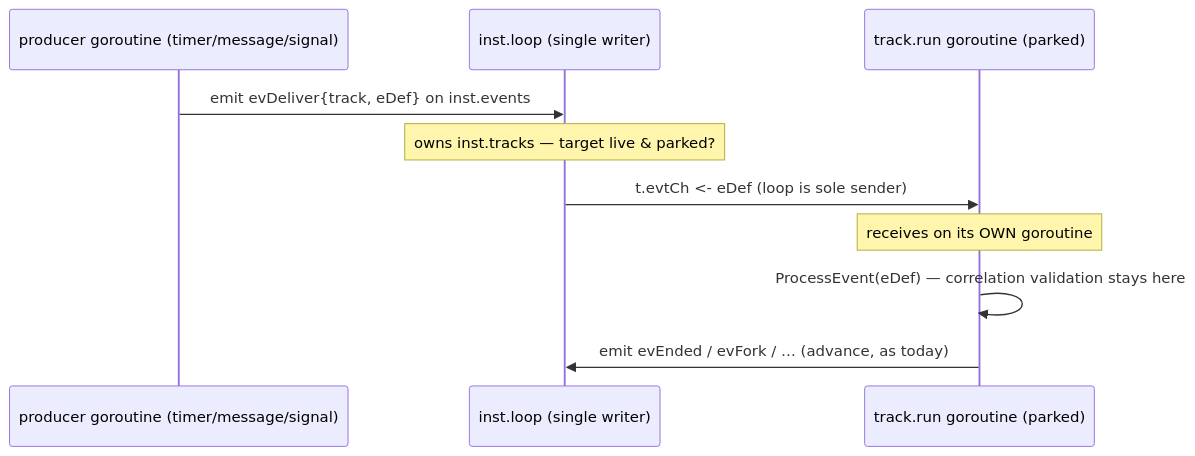
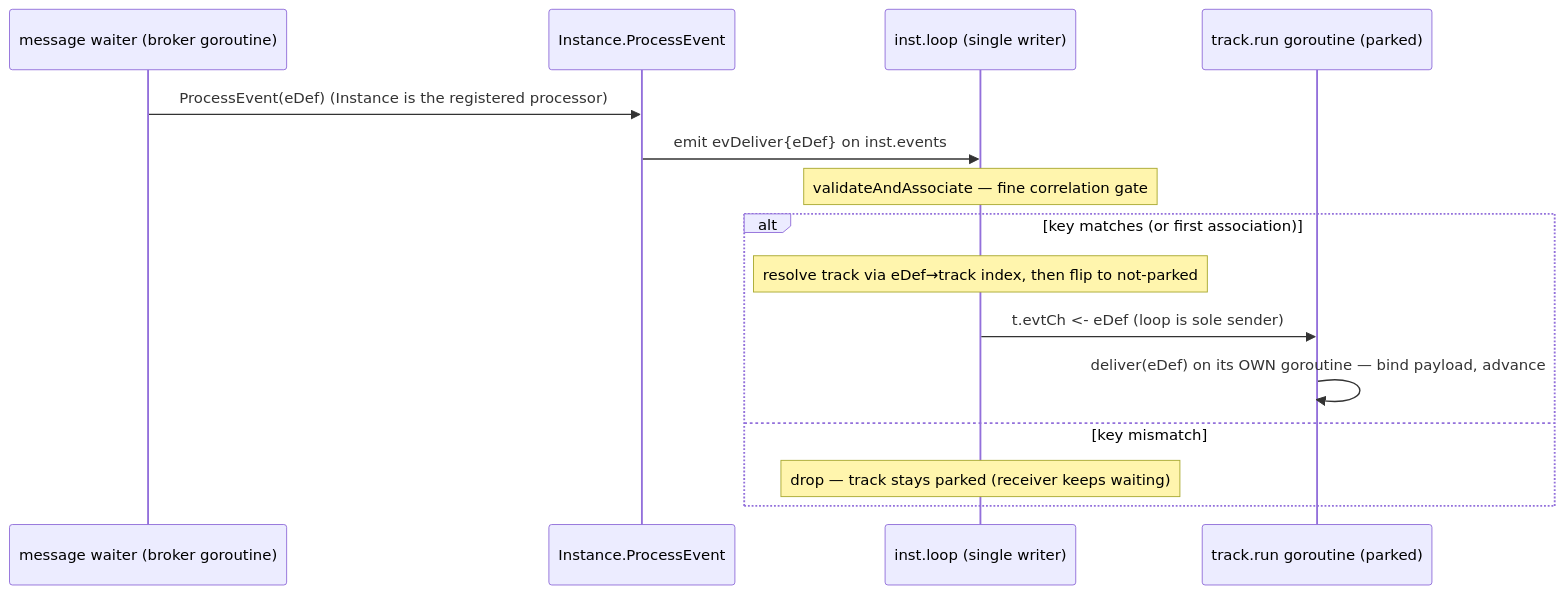
One commit to dr-dobermann/gobpm changed the first of 2 diagrams in docs/design/ADR-017-channel-based-event-processing.md. Above: the diagram before and after it, drawn with Mermaid. The commit also changed other lines of this file and 1 other file, not shown here.

````diff
--- a/docs/design/ADR-017-channel-based-event-processing.md
+++ b/docs/design/ADR-017-channel-based-event-processing.md
@@ -75,12 +107,17 @@
 ```mermaid
 sequenceDiagram
-    participant P as producer goroutine (timer/message/signal)
+    participant P as message waiter (broker goroutine)
+    participant I as Instance.ProcessEvent
     participant L as inst.loop (single writer)
     participant T as track.run goroutine (parked)
-    P->>L: emit evDeliver{track, eDef} on inst.events
-    Note over L: owns inst.tracks — target live & parked?
-    L->>T: t.evtCh <- eDef   (loop is sole sender)
-    Note over T: receives on its OWN goroutine
-    T->>T: ProcessEvent(eDef) — correlation validation stays here
-    T->>L: emit evEnded / evFork / … (advance, as today)
+    P->>I: ProcessEvent(eDef)   (Instance is the registered processor)
+    I->>L: emit evDeliver{eDef} on inst.events
+    Note over L: validateAndAssociate — fine correlation gate
+    alt key matches (or first association)
+        Note over L: resolve track via eDef→track index, then flip to not-parked
+        L->>T: t.evtCh <- eDef   (loop is sole sender)
+        T->>T: deliver(eDef) on its OWN goroutine — bind payload, advance
+    else key mismatch
+        Note over L: drop — track stays parked (receiver keeps waiting)
+    end
 ```
````
